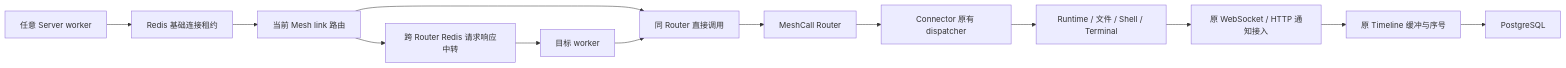
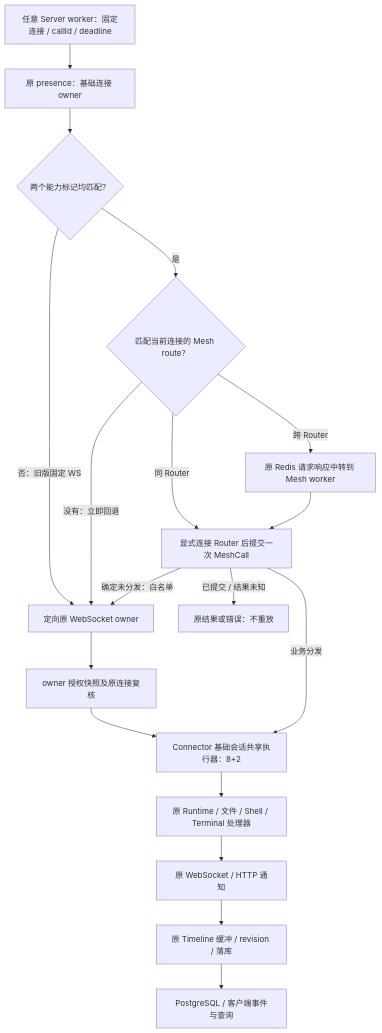
Before and after one commit to anywhere-labs/Agents-Anywhere: the first of 5 diagrams in docs/connector-control-transport.md, drawn with Mermaid. The commit also changed other lines of this file and 47 other files, not shown here.

````diff
--- a/docs/connector-control-transport.md
+++ b/docs/connector-control-transport.md
@@ -10,15 +10,20 @@
 ```mermaid
-flowchart LR
-  API[任意 Server worker] --> Presence[Redis 基础连接租约]
-  Presence --> Route[当前 Mesh link 路由]
-  Route --> Local[同 Router 直接调用]
-  Route --> Redis[跨 Router Redis 请求响应中转]
-  Redis --> Target[目标 worker]
-  Target --> Local
-  Local --> Mesh[MeshCall Router]
-  Mesh --> Connector[Connector 原有 dispatcher]
-  Connector --> Runtime[Runtime / 文件 / Shell / Terminal]
-  Runtime --> Notify[原 WebSocket / HTTP 通知接入]
-  Notify --> Buffer[原 Timeline 缓冲与序号]
-  Buffer --> DB[PostgreSQL]
+flowchart TD
+  API[任意 Server worker：固定连接 / callId / deadline] --> Presence[原 presence：基础连接 owner]
+  Presence --> Cap{两个能力标记均匹配？}
+  Cap -->|否：旧版固定 WS| WS[定向原 WebSocket owner]
+  Cap -->|是| Route{匹配当前连接的 Mesh route？}
+  Route -->|没有：立即回退| WS
+  Route -->|同 Router| Mesh[显式连接 Router 后提交一次 MeshCall]
+  Route -->|跨 Router| Redis[原 Redis 请求响应中转到 Mesh worker]
+  Redis --> Mesh
+  Mesh -->|确定未分发：白名单| WS
+  Mesh -->|已提交 / 结果未知| Unknown[原结果或错误：不重放]
+  Mesh -->|业务分发| Executor[Connector 基础会话共享执行器：8+2]
+  WS --> Auth[owner 授权快照及原连接复核]
+  Auth --> Executor
+  Executor --> Domain[原 Runtime / 文件 / Shell / Terminal 处理器]
+  Domain --> Notify[原 WebSocket / HTTP 通知]
+  Notify --> Buffer[原 Timeline 缓冲 / revision / 落库]
+  Buffer --> DB[PostgreSQL / 客户端事件与查询]
 ```
````
